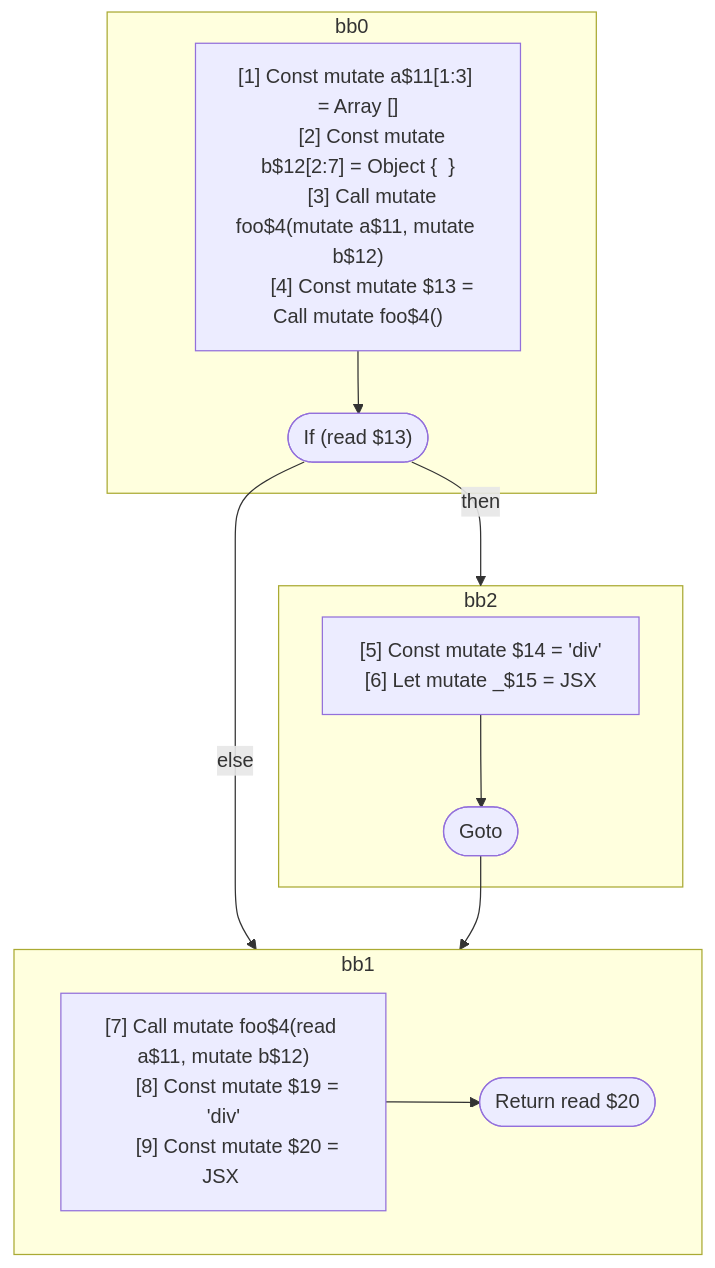
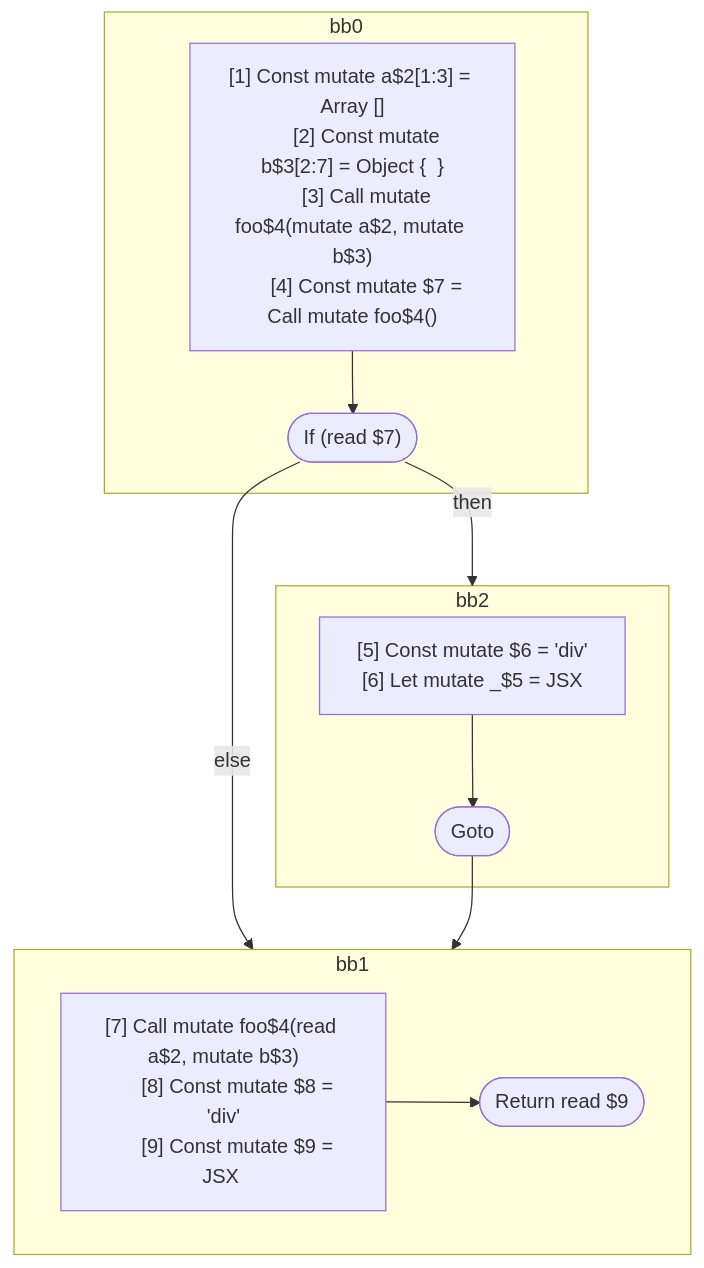
Before and after one commit to wutsmog/private: the second of 2 diagrams in compiler/forget/src/__tests__/fixtures/hir/ssa-call-jsx-2.expect.md, drawn with Mermaid. The commit also changed other lines of this file and 57 other files, not shown here.

````diff
--- a/compiler/forget/src/__tests__/fixtures/hir/ssa-call-jsx-2.expect.md
+++ b/compiler/forget/src/__tests__/fixtures/hir/ssa-call-jsx-2.expect.md
@@ -73,34 +73,34 @@
 ```mermaid
 flowchart TB
   %% Basic Blocks
   subgraph bb0
     bb0_instrs["
-      [1] Const mutate a$11[1:3] = Array []
-      [2] Const mutate b$12[2:7] = Object {  }
-      [3] Call mutate foo$4(mutate a$11, mutate b$12)
-      [4] Const mutate $13 = Call mutate foo$4()
+      [1] Const mutate a$2[1:3] = Array []
+      [2] Const mutate b$3[2:7] = Object {  }
+      [3] Call mutate foo$4(mutate a$2, mutate b$3)
+      [4] Const mutate $7 = Call mutate foo$4()
     "]
-    bb0_instrs --> bb0_terminal(["If (read $13)"])
+    bb0_instrs --> bb0_terminal(["If (read $7)"])
   end
   subgraph bb2
     bb2_instrs["
-      [5] Const mutate $14 = 'div'
-      [6] Let mutate _$15 = JSX <read $14 a={freeze a$11} ></read $14>
+      [5] Const mutate $6 = 'div'
+      [6] Let mutate _$5 = JSX <read $6 a={freeze a$2} ></read $6>
     "]
     bb2_instrs --> bb2_terminal(["Goto"])
   end
   subgraph bb1
     bb1_instrs["
-      [7] Call mutate foo$4(read a$11, mutate b$12)
-      [8] Const mutate $19 = 'div'
-      [9] Const mutate $20 = JSX <read $19 a={freeze a$11} b={freeze b$12} ></read $19>
+      [7] Call mutate foo$4(read a$2, mutate b$3)
+      [8] Const mutate $8 = 'div'
+      [9] Const mutate $9 = JSX <read $8 a={freeze a$2} b={freeze b$3} ></read $8>
     "]
-    bb1_instrs --> bb1_terminal(["Return read $20"])
+    bb1_instrs --> bb1_terminal(["Return read $9"])
   end
 
   %% Jumps
   bb0_terminal -- then --> bb2
   bb0_terminal -- else --> bb1
   bb2_terminal --> bb1
 
 ```
````
